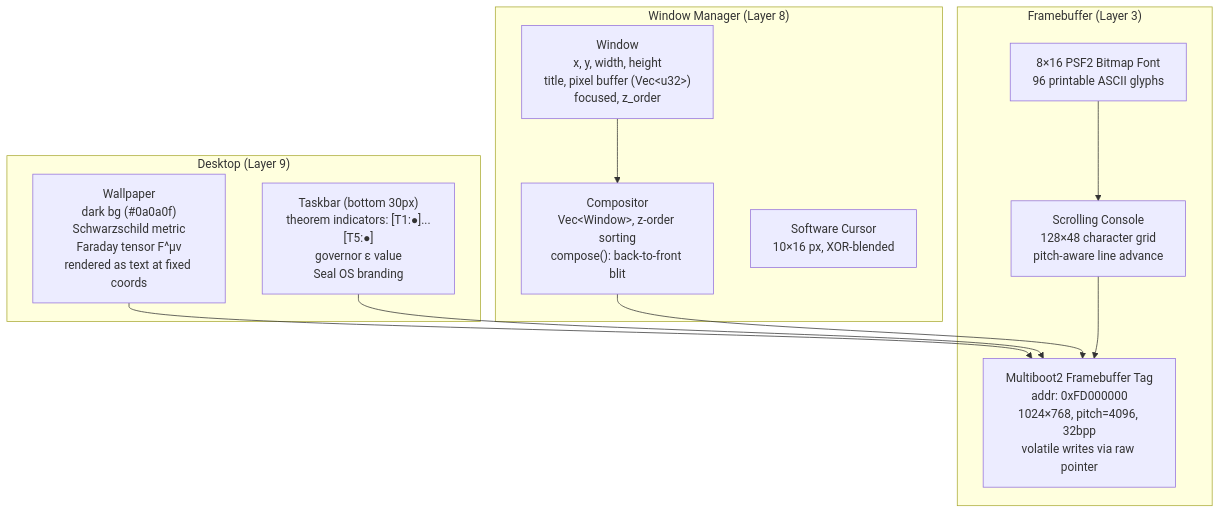
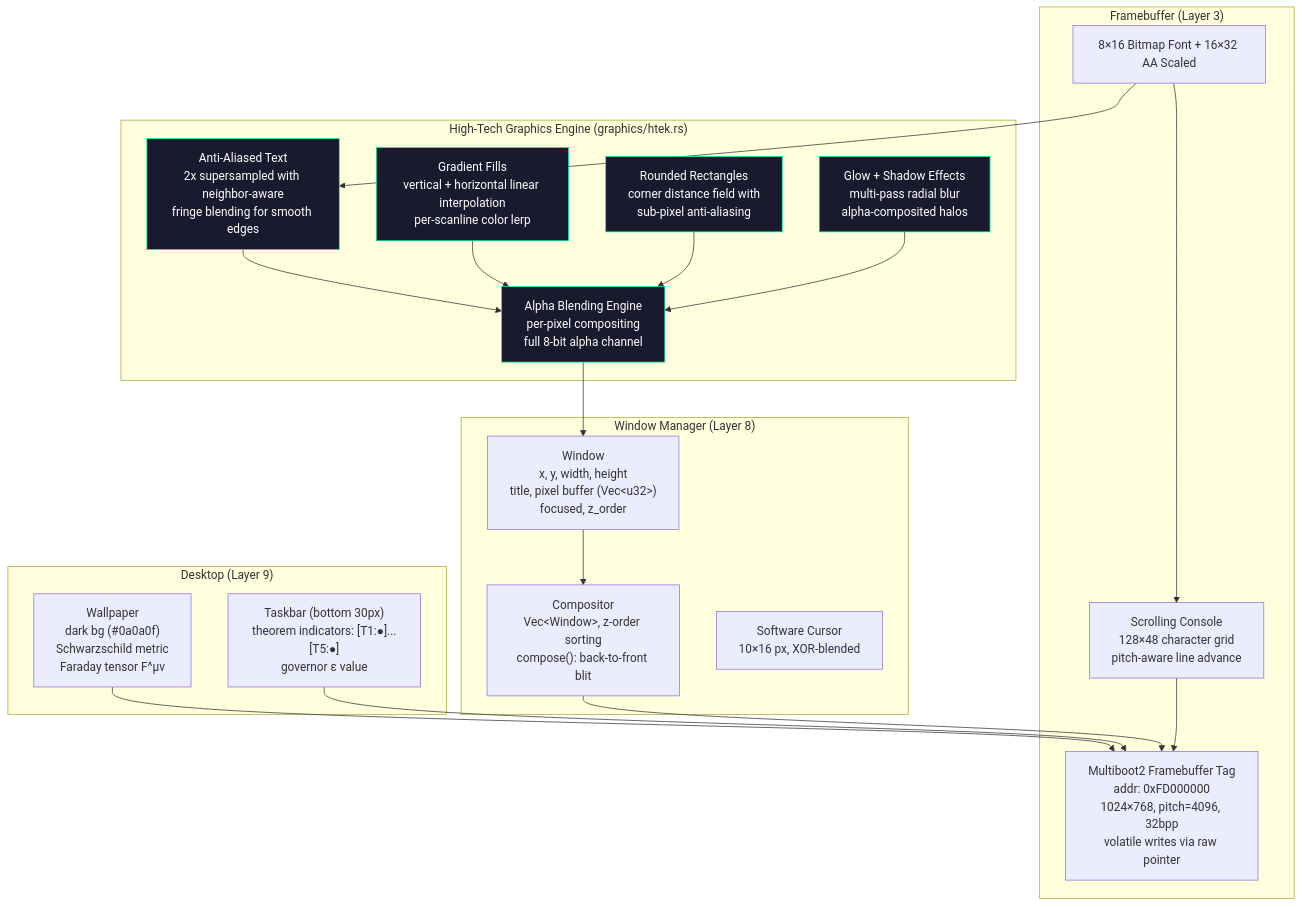
One commit to teerthsharma/Epsilon-Hollow changed the eighth of 15 diagrams in README.md. Above: the diagram before and after it, drawn with Mermaid. The commit also changed other lines of this file and 29 other files, not shown here.

````diff
--- a/README.md
+++ b/README.md
@@ -375,26 +379,43 @@
 ```mermaid
 graph TD
     subgraph "Framebuffer (Layer 3)"
         FB["Multiboot2 Framebuffer Tag<br/>addr: 0xFD000000<br/>1024×768, pitch=4096, 32bpp<br/>volatile writes via raw pointer"]
-        FONT["8×16 PSF2 Bitmap Font<br/>96 printable ASCII glyphs"]
+        FONT["8×16 Bitmap Font + 16×32 AA Scaled"]
         CONSOLE["Scrolling Console<br/>128×48 character grid<br/>pitch-aware line advance"]
+    end
+
+    subgraph "High-Tech Graphics Engine (graphics/htek.rs)"
+        HTEK_AA["Anti-Aliased Text<br/>2x supersampled with neighbor-aware<br/>fringe blending for smooth edges"]
+        HTEK_GRAD["Gradient Fills<br/>vertical + horizontal linear interpolation<br/>per-scanline color lerp"]
+        HTEK_ROUND["Rounded Rectangles<br/>corner distance field with<br/>sub-pixel anti-aliasing"]
+        HTEK_GLOW["Glow + Shadow Effects<br/>multi-pass radial blur<br/>alpha-composited halos"]
+        HTEK_BLEND["Alpha Blending Engine<br/>per-pixel compositing<br/>full 8-bit alpha channel"]
     end
 
     subgraph "Window Manager (Layer 8)"
         COMPOSITOR["Compositor<br/>Vec&lt;Window&gt;, z-order sorting<br/>compose(): back-to-front blit"]
         WINDOW["Window<br/>x, y, width, height<br/>title, pixel buffer (Vec&lt;u32&gt;)<br/>focused, z_order"]
         CURSOR["Software Cursor<br/>10×16 px, XOR-blended"]
     end
 
     subgraph "Desktop (Layer 9)"
-        WALLPAPER["Wallpaper<br/>dark bg (#0a0a0f)<br/>Schwarzschild metric<br/>Faraday tensor F^μν<br/>rendered as text at fixed coords"]
-        TASKBAR["Taskbar (bottom 30px)<br/>theorem indicators: [T1:●]...[T5:●]<br/>governor ε value<br/>Seal OS branding"]
+        WALLPAPER["Wallpaper<br/>dark bg (#0a0a0f)<br/>Schwarzschild metric<br/>Faraday tensor F^μν"]
+        TASKBAR["Taskbar (bottom 30px)<br/>theorem indicators: [T1:●]...[T5:●]<br/>governor ε value"]
     end
 
     WALLPAPER --> FB
     TASKBAR --> FB
     COMPOSITOR --> FB
     WINDOW --> COMPOSITOR
+    HTEK_AA & HTEK_GRAD & HTEK_ROUND & HTEK_GLOW --> HTEK_BLEND
+    HTEK_BLEND --> WINDOW
+    FONT --> HTEK_AA
     FONT --> CONSOLE
     CONSOLE --> FB
+
+    style HTEK_AA fill:#1a1a2e,stroke:#00ffaa,color:#fff
+    style HTEK_GRAD fill:#1a1a2e,stroke:#00ffaa,color:#fff
+    style HTEK_ROUND fill:#1a1a2e,stroke:#00ffaa,color:#fff
+    style HTEK_GLOW fill:#1a1a2e,stroke:#00ffaa,color:#fff
+    style HTEK_BLEND fill:#1a1a2e,stroke:#00ffaa,color:#fff
 ```
````
